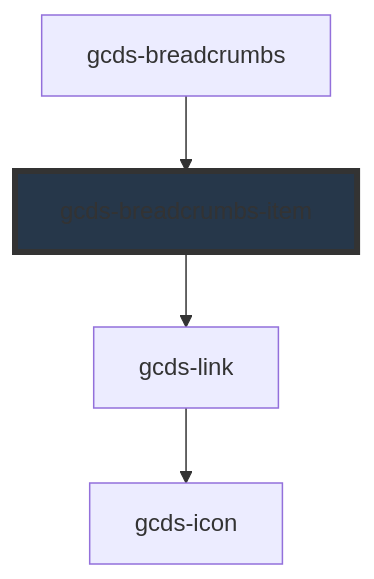
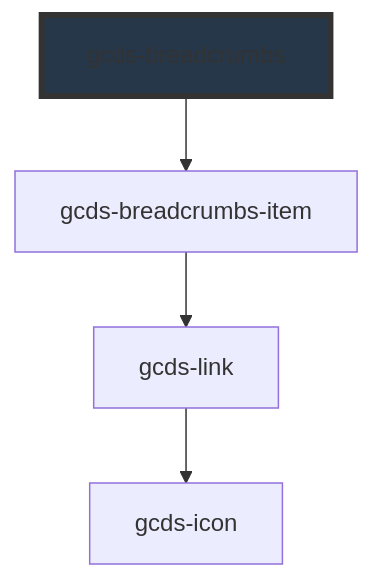
One commit to cds-snc/gcds-components changed the diagram in packages/web/src/components/gcds-breadcrumbs/readme.md. Above: the diagram before and after it, drawn with Mermaid. The commit also changed other lines of this file and 8 other files, not shown here.

Commit message:
Split gcds-breadcrumbs-item into it's own directory

````diff
--- a/packages/web/src/components/gcds-breadcrumbs/readme.md
+++ b/packages/web/src/components/gcds-breadcrumbs/readme.md
@@ -42,7 +29,7 @@
 ```mermaid
 graph TD;
+  gcds-breadcrumbs --> gcds-breadcrumbs-item
   gcds-breadcrumbs-item --> gcds-link
   gcds-link --> gcds-icon
-  gcds-breadcrumbs --> gcds-breadcrumbs-item
-  style gcds-breadcrumbs-item fill:#26374a,stroke:#333,stroke-width:4px
+  style gcds-breadcrumbs fill:#26374a,stroke:#333,stroke-width:4px
 ```
````
